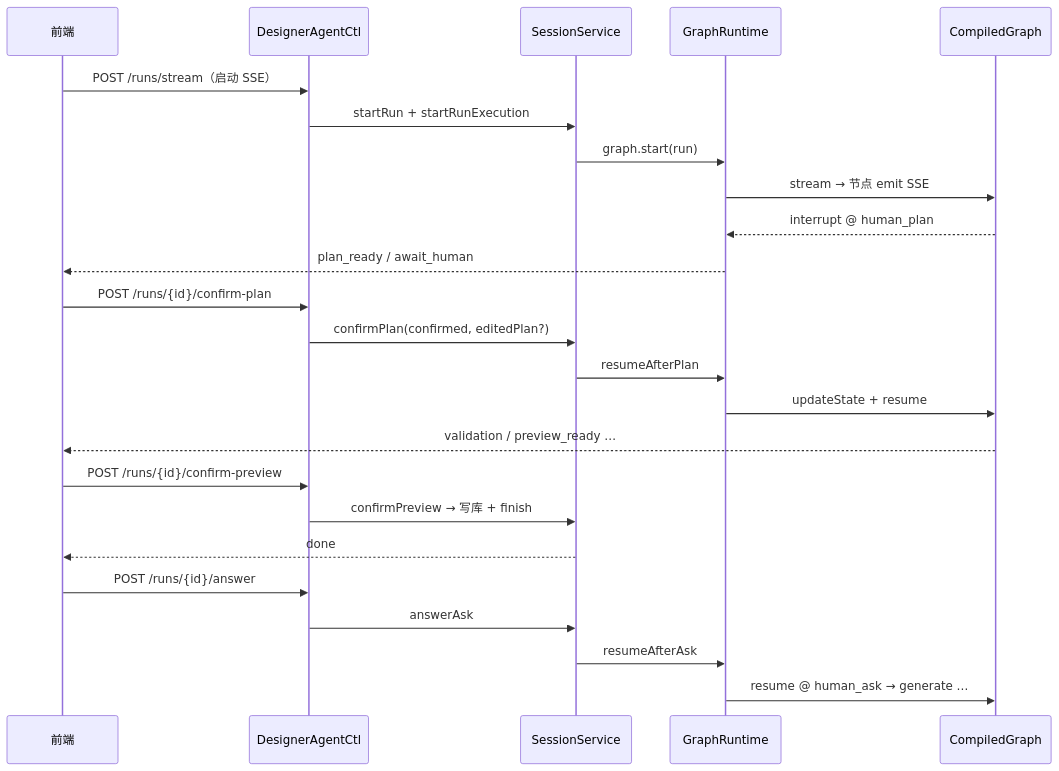
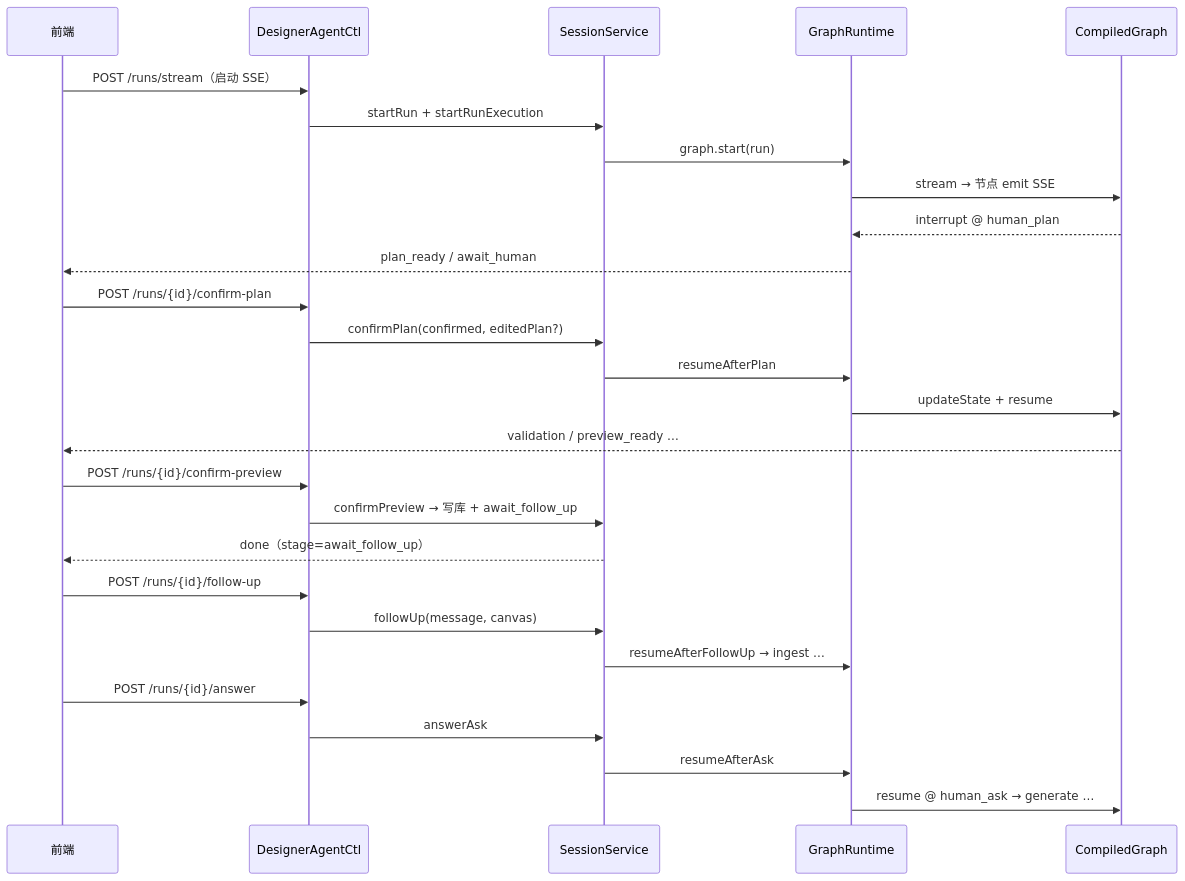
Before and after one commit to xc404/kiwi: the third of 3 diagrams in kiwi-bpmn-designer-agent/README.md, drawn with Mermaid. The commit also changed other lines of this file and 31 other files, not shown here.

````diff
--- a/kiwi-bpmn-designer-agent/README.md
+++ b/kiwi-bpmn-designer-agent/README.md
@@ -99,30 +102,34 @@
 ```mermaid
 sequenceDiagram
   participant FE as 前端
   participant CTL as DesignerAgentCtl
   participant SS as SessionService
   participant GR as GraphRuntime
   participant G as CompiledGraph
 
   FE->>CTL: POST /runs/stream（启动 SSE）
   CTL->>SS: startRun + startRunExecution
   SS->>GR: graph.start(run)
   GR->>G: stream → 节点 emit SSE
   G-->>GR: interrupt @ human_plan
   GR-->>FE: plan_ready / await_human
 
   FE->>CTL: POST /runs/{id}/confirm-plan
   CTL->>SS: confirmPlan(confirmed, editedPlan?)
   SS->>GR: resumeAfterPlan
   GR->>G: updateState + resume
   G-->>FE: validation / preview_ready …
 
   FE->>CTL: POST /runs/{id}/confirm-preview
-  CTL->>SS: confirmPreview → 写库 + finish
-  SS-->>FE: done
+  CTL->>SS: confirmPreview → 写库 + await_follow_up
+  SS-->>FE: done（stage=await_follow_up）
+
+  FE->>CTL: POST /runs/{id}/follow-up
+  CTL->>SS: followUp(message, canvas)
+  SS->>GR: resumeAfterFollowUp → ingest …
 
   FE->>CTL: POST /runs/{id}/answer
   CTL->>SS: answerAsk
   SS->>GR: resumeAfterAsk
   GR->>G: resume @ human_ask → generate …
 ```
````
